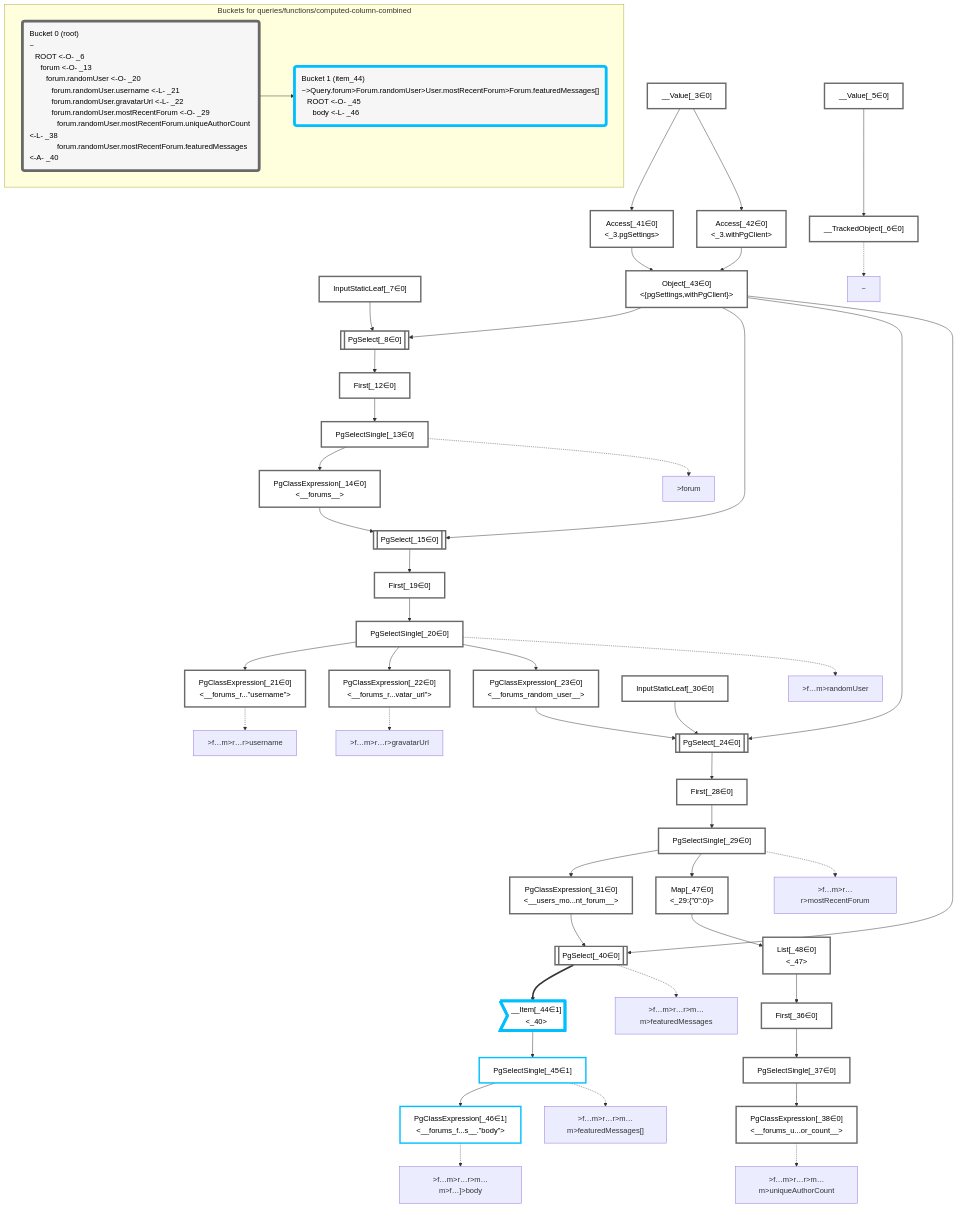
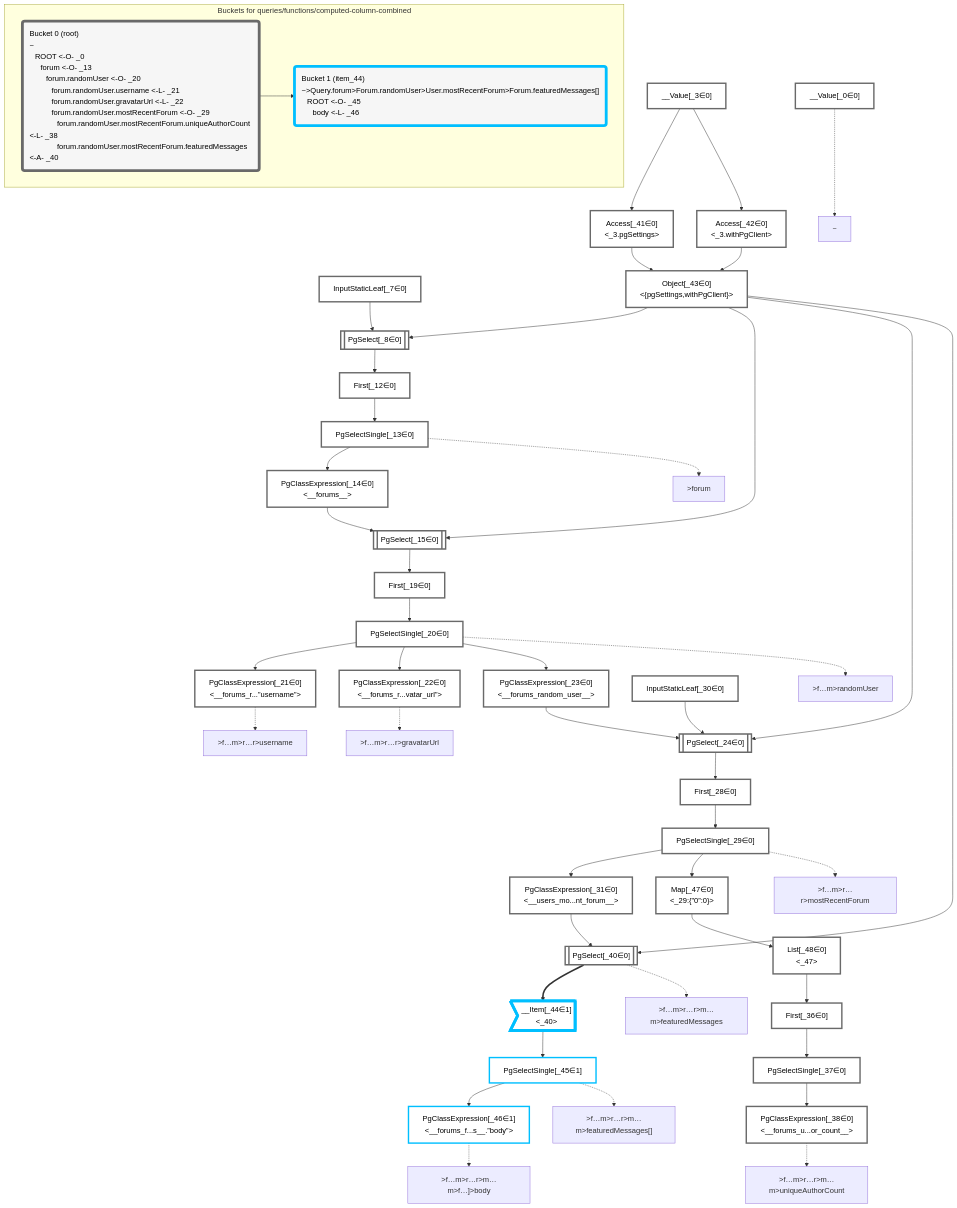
One commit to graphile/crystal changed the diagram in packages/dataplan-pg/__tests__/queries/functions/computed-column-combined.deopt.mermaid.md. Above: the diagram before and after it, drawn with Mermaid. The commit also changed 193 other files, not shown here.

Commit message:
Update test plan snapshots with new root plan

```diff
--- a/packages/dataplan-pg/__tests__/queries/functions/computed-column-combined.deopt.mermaid.md
+++ b/packages/dataplan-pg/__tests__/queries/functions/computed-column-combined.deopt.mermaid.md
@@ -8,9 +8,8 @@
 
 
     %% define plans
+    __Value_0["__Value[_0∈0]"]:::plan
     __Value_3["__Value[_3∈0]<br /><context>"]:::plan
-    __Value_5["__Value[_5∈0]<br /><rootValue>"]:::plan
-    __TrackedObject_6["__TrackedObject[_6∈0]"]:::plan
     InputStaticLeaf_7["InputStaticLeaf[_7∈0]"]:::plan
     PgSelect_8[["PgSelect[_8∈0]<br /><forums>"]]:::plan
     First_12["First[_12∈0]"]:::plan
@@ -41,7 +40,6 @@
     List_48["List[_48∈0]<br /><_47>"]:::plan
 
     %% plan dependencies
-    __Value_5 --> __TrackedObject_6
     Object_43 --> PgSelect_8
     InputStaticLeaf_7 --> PgSelect_8
     PgSelect_8 --> First_12
@@ -76,8 +74,8 @@
     Map_47 --> List_48
 
     %% plan-to-path relationships
-    P_6["~"]
-    __TrackedObject_6 -.-> P_6
+    P_0["~"]
+    __Value_0 -.-> P_0
     P_13[">forum"]
     PgSelectSingle_13 -.-> P_13
     P_20[">f…m>randomUser"]
@@ -99,12 +97,12 @@
 
     %% allocate buckets
     classDef bucket0 stroke:#696969
-    class __Value_3,__Value_5,__TrackedObject_6,InputStaticLeaf_7,PgSelect_8,First_12,PgSelectSingle_13,PgClassExpression_14,PgSelect_15,First_19,PgSelectSingle_20,PgClassExpression_21,PgClassExpression_22,PgClassExpression_23,PgSelect_24,First_28,PgSelectSingle_29,InputStaticLeaf_30,PgClassExpression_31,First_36,PgSelectSingle_37,PgClassExpression_38,PgSelect_40,Access_41,Access_42,Object_43,Map_47,List_48 bucket0
+    class __Value_0,__Value_3,InputStaticLeaf_7,PgSelect_8,First_12,PgSelectSingle_13,PgClassExpression_14,PgSelect_15,First_19,PgSelectSingle_20,PgClassExpression_21,PgClassExpression_22,PgClassExpression_23,PgSelect_24,First_28,PgSelectSingle_29,InputStaticLeaf_30,PgClassExpression_31,First_36,PgSelectSingle_37,PgClassExpression_38,PgSelect_40,Access_41,Access_42,Object_43,Map_47,List_48 bucket0
     classDef bucket1 stroke:#00bfff
     class __Item_44,PgSelectSingle_45,PgClassExpression_46 bucket1
 
     subgraph "Buckets for queries/functions/computed-column-combined"
-    Bucket0("Bucket 0 (root)<br />~<br />⠀ROOT <-O- _6<br />⠀⠀forum <-O- _13<br />⠀⠀⠀forum.randomUser <-O- _20<br />⠀⠀⠀⠀forum.randomUser.username <-L- _21<br />⠀⠀⠀⠀forum.randomUser.gravatarUrl <-L- _22<br />⠀⠀⠀⠀forum.randomUser.mostRecentForum <-O- _29<br />⠀⠀⠀⠀⠀forum.randomUser.mostRecentForum.uniqueAuthorCount <-L- _38<br />⠀⠀⠀⠀⠀forum.randomUser.mostRecentForum.featuredMessages <-A- _40"):::bucket
+    Bucket0("Bucket 0 (root)<br />~<br />⠀ROOT <-O- _0<br />⠀⠀forum <-O- _13<br />⠀⠀⠀forum.randomUser <-O- _20<br />⠀⠀⠀⠀forum.randomUser.username <-L- _21<br />⠀⠀⠀⠀forum.randomUser.gravatarUrl <-L- _22<br />⠀⠀⠀⠀forum.randomUser.mostRecentForum <-O- _29<br />⠀⠀⠀⠀⠀forum.randomUser.mostRecentForum.uniqueAuthorCount <-L- _38<br />⠀⠀⠀⠀⠀forum.randomUser.mostRecentForum.featuredMessages <-A- _40"):::bucket
     style Bucket0 stroke:#696969
     Bucket1("Bucket 1 (item_44)<br />~>Query.forum>Forum.randomUser>User.mostRecentForum>Forum.featuredMessages[]<br />⠀ROOT <-O- _45<br />⠀⠀body <-L- _46"):::bucket
     style Bucket1 stroke:#00bfff
```
